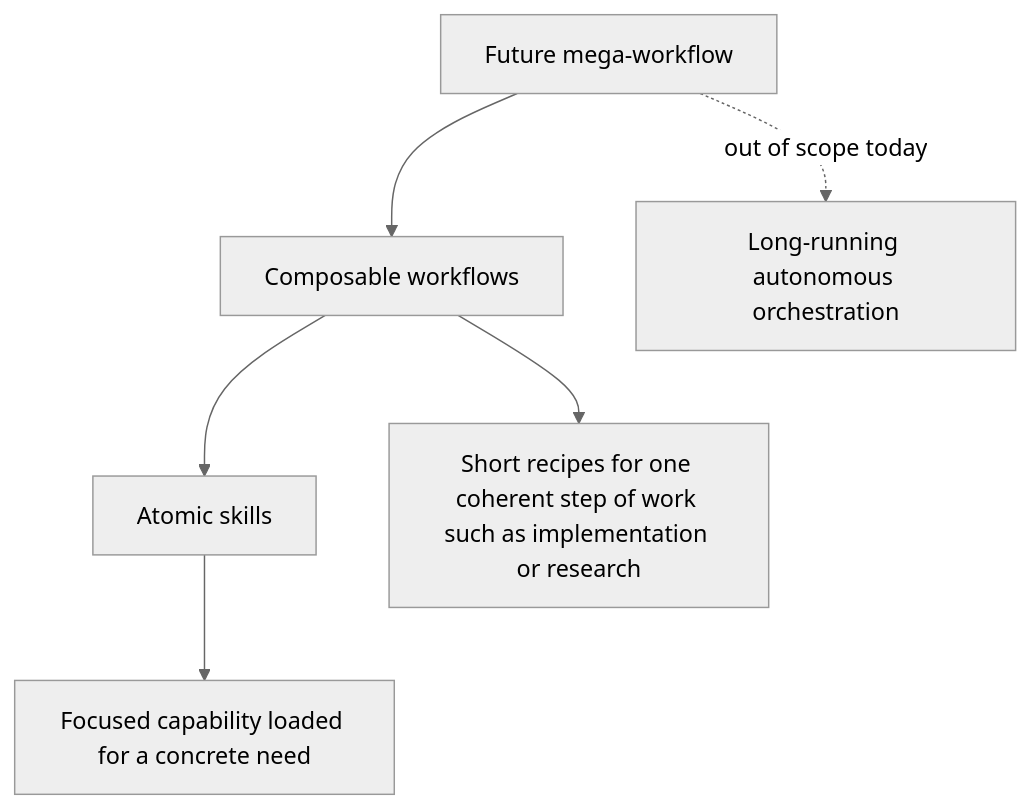
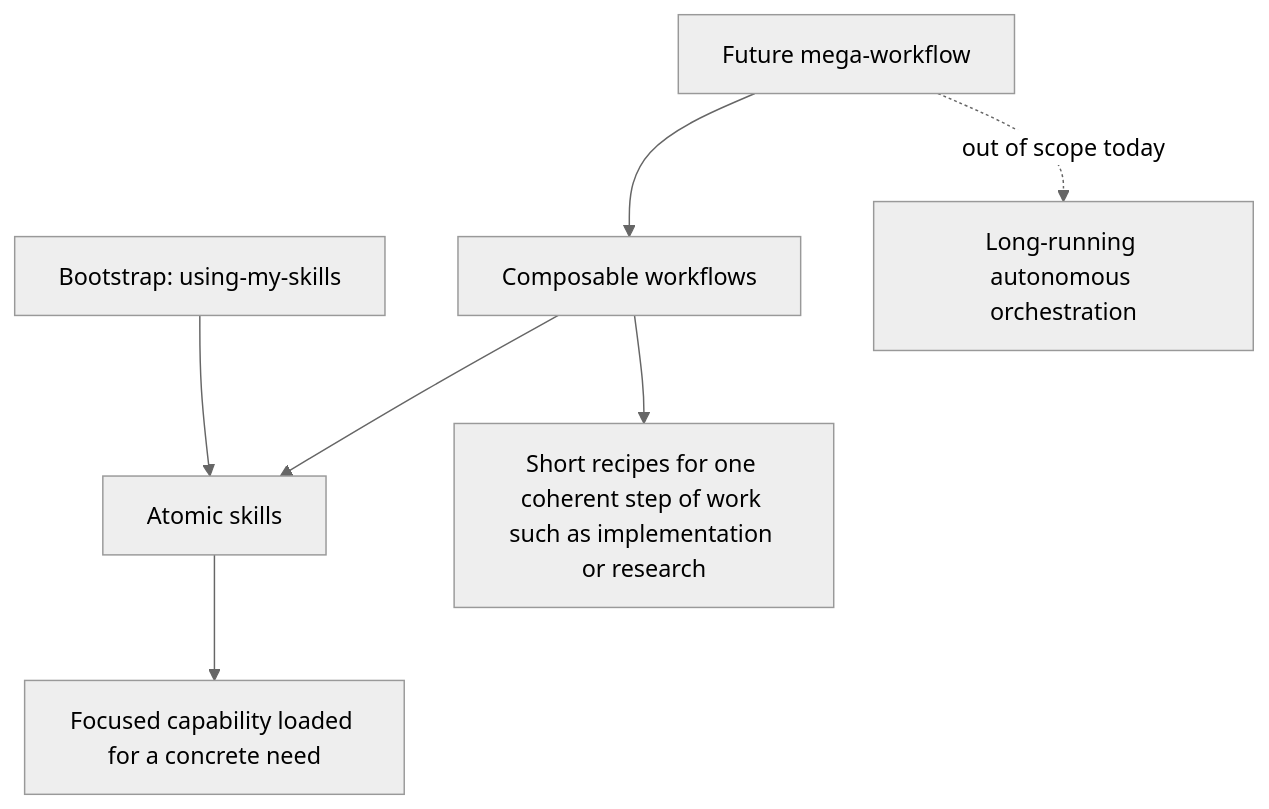
The second of 3 diagrams in README.md (quick-brown-foxxx/myai), drawn with Mermaid (neutral theme) before and after one commit. The commit also changed other lines of this file and 3 other files, not shown here.

````diff
--- a/README.md
+++ b/README.md
@@ -124,9 +159,10 @@
 ```mermaid
 flowchart TD
+  B[Bootstrap: using-my-skills] --> S
   M[Future mega-workflow] --> W[Composable workflows]
   W --> S[Atomic skills]
 
   M -. out of scope today .-> M1[Long-running autonomous orchestration]
   W --> W1[Short recipes for one coherent step of work such as implementation or research]
   S --> S1[Focused capability loaded for a concrete need]
 ```
````
